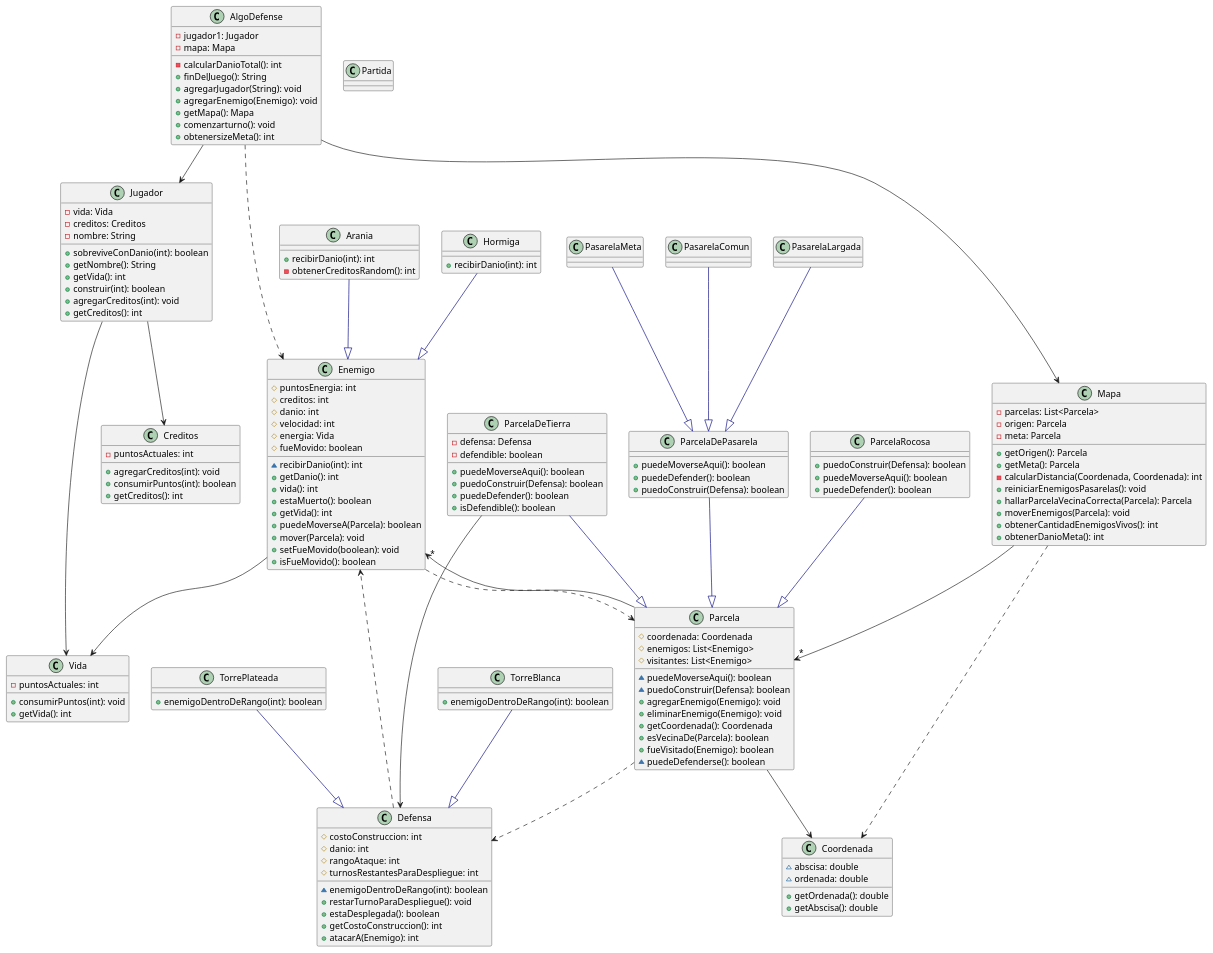
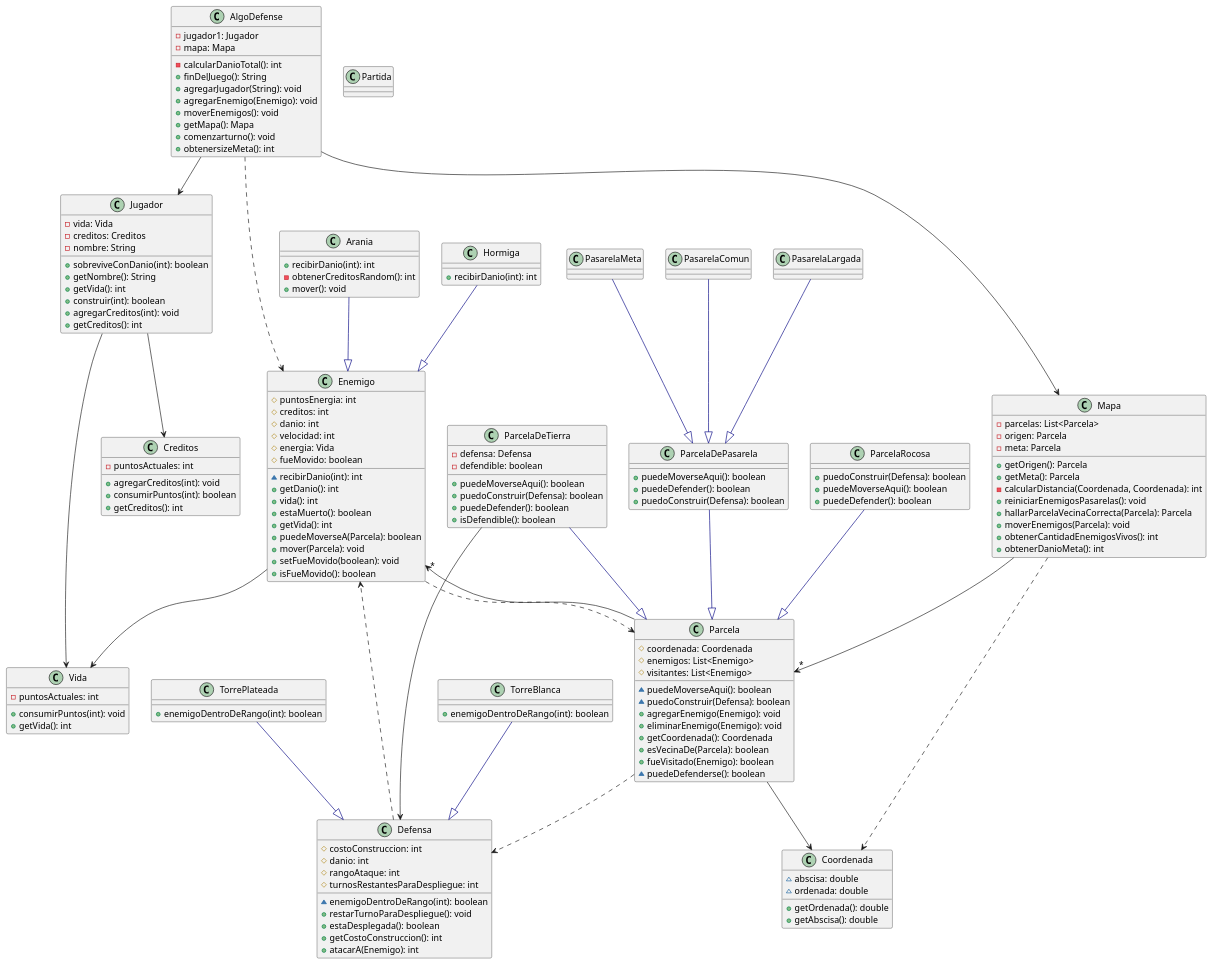
One commit to juanignaciogiacobbe/AlgoDefense_TP2 changed the diagram in diagrams/classes/General.plantuml. Above: the diagram before and after it, drawn with PlantUML. The commit also changed 3 other files, not shown here.

Commit message:
diagramas

```diff
--- a/diagrams/classes/General.plantuml
+++ b/diagrams/classes/General.plantuml
@@ -1,170 +1,172 @@
 @startuml
 class AlgoDefense {
   - jugador1: Jugador
   - mapa: Mapa
 
   - calcularDanioTotal(): int
   + finDelJuego(): String
   + agregarJugador(String): void
   + agregarEnemigo(Enemigo): void
+  + moverEnemigos(): void
   + getMapa(): Mapa
   + comenzarturno(): void
   + obtenersizeMeta(): int
 }
 class Arania {
   + recibirDanio(int): int
   - obtenerCreditosRandom(): int
+  + mover(): void
 }
 class Coordenada {
   ~ abscisa: double
   ~ ordenada: double
   + getOrdenada(): double
   + getAbscisa(): double
 }
 class Creditos {
   - puntosActuales: int
   + agregarCreditos(int): void
   + consumirPuntos(int): boolean
   + getCreditos(): int
 }
 class Defensa {
   # costoConstruccion: int
   # danio: int
   # rangoAtaque: int
   # turnosRestantesParaDespliegue: int
   ~ enemigoDentroDeRango(int): boolean
   + restarTurnoParaDespliegue(): void
   + estaDesplegada(): boolean
   + getCostoConstruccion(): int
   + atacarA(Enemigo): int
 }
 class Enemigo {
 
   # puntosEnergia: int
   # creditos: int
   # danio: int
   # velocidad: int
   # energia: Vida
   # fueMovido: boolean
 
   ~ recibirDanio(int): int
   + getDanio(): int
   + vida(): int
   + estaMuerto(): boolean
   + getVida(): int
   + puedeMoverseA(Parcela): boolean
   + mover(Parcela): void
   + setFueMovido(boolean): void
   + isFueMovido(): boolean
 }
 class Hormiga {
   + recibirDanio(int): int
 }
 class Jugador {
   - vida: Vida
   - creditos: Creditos
   - nombre: String
 
   + sobreviveConDanio(int): boolean
   + getNombre(): String
   + getVida(): int
   + construir(int): boolean
   + agregarCreditos(int): void
   + getCreditos(): int
 }
 class Mapa {
   - parcelas: List<Parcela>
   - origen: Parcela
   - meta: Parcela
 
   + getOrigen(): Parcela
   + getMeta(): Parcela
   - calcularDistancia(Coordenada, Coordenada): int
   + reiniciarEnemigosPasarelas(): void
   + hallarParcelaVecinaCorrecta(Parcela): Parcela
   + moverEnemigos(Parcela): void
   + obtenerCantidadEnemigosVivos(): int
   + obtenerDanioMeta(): int
 }
 class Parcela {
   # coordenada: Coordenada
   # enemigos: List<Enemigo>
   # visitantes: List<Enemigo>
 
   ~ puedeMoverseAqui(): boolean
   ~ puedoConstruir(Defensa): boolean
   + agregarEnemigo(Enemigo): void
   + eliminarEnemigo(Enemigo): void
   + getCoordenada(): Coordenada
   + esVecinaDe(Parcela): boolean
   + fueVisitado(Enemigo): boolean
   ~ puedeDefenderse(): boolean
 
 }
 class ParcelaDePasarela {
   + puedeMoverseAqui(): boolean
   + puedeDefender(): boolean
   + puedoConstruir(Defensa): boolean
 }
 class ParcelaDeTierra {
   - defensa: Defensa
   - defendible: boolean
   + puedeMoverseAqui(): boolean
   + puedoConstruir(Defensa): boolean
   + puedeDefender(): boolean
   + isDefendible(): boolean
 }
 class ParcelaRocosa {
   + puedoConstruir(Defensa): boolean
   + puedeMoverseAqui(): boolean
   + puedeDefender(): boolean
 }
 class Partida
 class PasarelaComun
 class PasarelaLargada
 class PasarelaMeta
 class TorreBlanca {
   + enemigoDentroDeRango(int): boolean
 }
 class TorrePlateada {
   + enemigoDentroDeRango(int): boolean
 }
 class Vida {
   - puntosActuales: int
   + consumirPuntos(int): void
   + getVida(): int
 }
 ' CAMBIAR 👇👇👇👇👇👇👇👇👇👇👇👇👇👇👇👇👇👇👇👇👇👇👇👇👇👇👇👇👇👇👇👇👇
 Arania             -[#000082,plain]-^  Enemigo           
 Hormiga            -[#000082,plain]-^  Enemigo           
 ParcelaDePasarela  -[#000082,plain]-^  Parcela           
 ParcelaDeTierra    -[#000082,plain]-^  Parcela           
 ParcelaRocosa      -[#000082,plain]-^  Parcela           
 PasarelaComun      -[#000082,plain]-^  ParcelaDePasarela 
 PasarelaLargada    -[#000082,plain]-^  ParcelaDePasarela 
 PasarelaMeta       -[#000082,plain]-^  ParcelaDePasarela 
 TorreBlanca        -[#000082,plain]-^  Defensa           
 TorrePlateada      -[#000082,plain]-^  Defensa
 
 AlgoDefense --> Jugador
 AlgoDefense --> Mapa
 AlgoDefense ...> Enemigo
 
 Defensa ...> Enemigo
 
 Enemigo --> Vida
 Enemigo ..> Parcela
 
 Jugador --> Creditos
 Jugador --> Vida
 
 
 Mapa -->"*" Parcela
 Mapa ..> Coordenada
 
 Parcela --> Coordenada
 Parcela -->"*" Enemigo
 Parcela ..> Defensa
 
 ParcelaDeTierra --> Defensa
 @enduml
```
